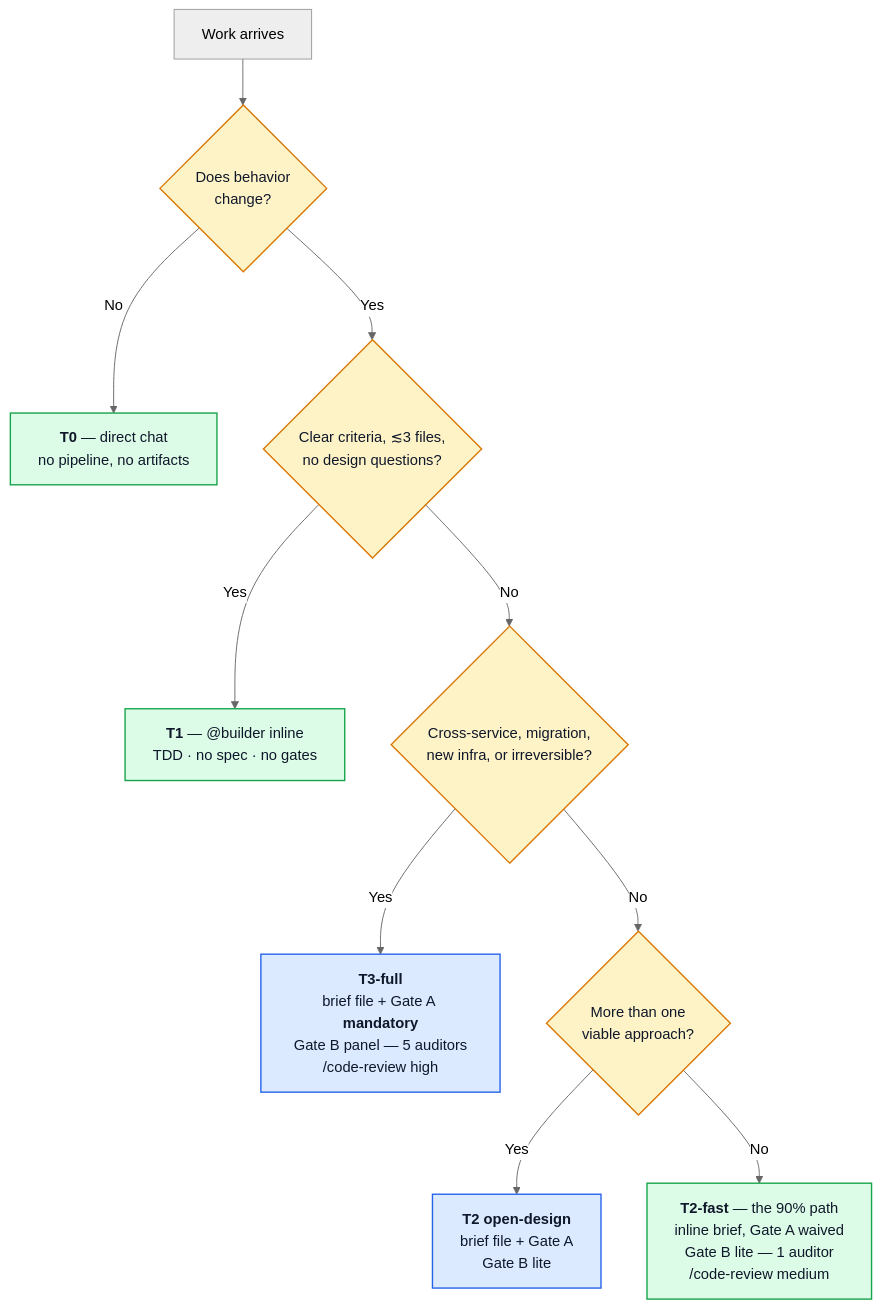
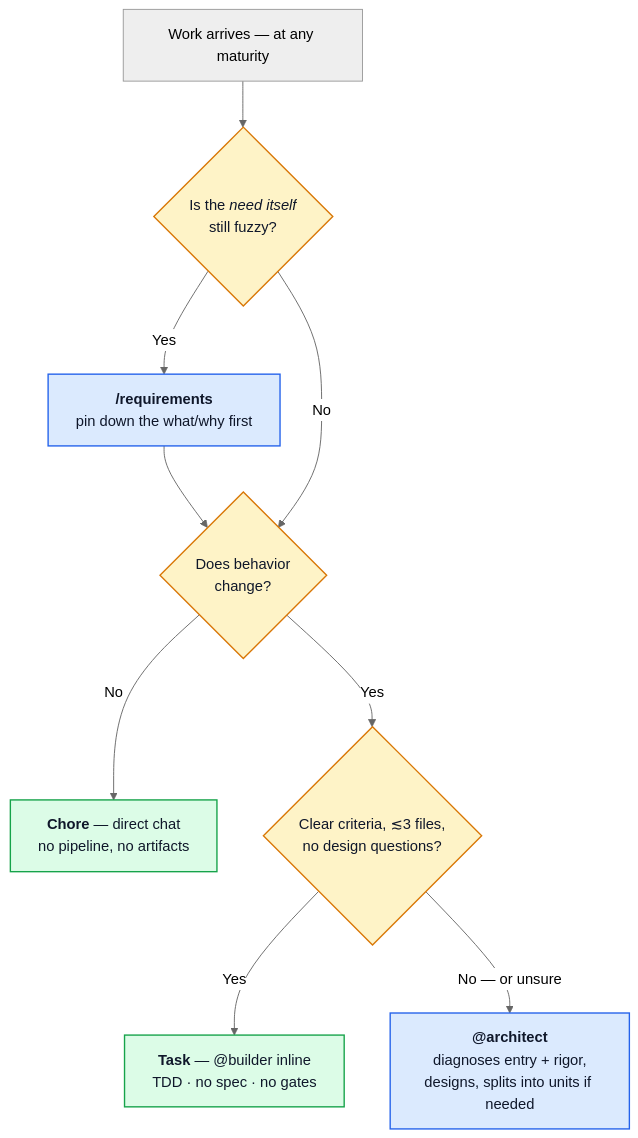
The first of 4 diagrams in docs/WORKFLOW.md (AmirAnckonina/aa-agentic-workflow), drawn with Mermaid (neutral theme) before and after one commit. The commit also changed other lines of this file and 13 other files, not shown here.

````diff
--- a/docs/WORKFLOW.md
+++ b/docs/WORKFLOW.md
@@ -13,19 +19,18 @@
 ```mermaid
 flowchart TD
-    S["Work arrives"] --> Q1{"Does behavior<br/>change?"}
-    Q1 -->|No| T0["<b>T0</b> — direct chat<br/>no pipeline, no artifacts"]
+    S["Work arrives — at any maturity"] --> Q0{"Is the <i>need itself</i><br/>still fuzzy?"}
+    Q0 -->|Yes| RQ["<b>/requirements</b><br/>pin down the what/why first"]
+    RQ --> Q1
+    Q0 -->|No| Q1{"Does behavior<br/>change?"}
+    Q1 -->|No| C["<b>Chore</b> — direct chat<br/>no pipeline, no artifacts"]
     Q1 -->|Yes| Q2{"Clear criteria, ≲3 files,<br/>no design questions?"}
-    Q2 -->|Yes| T1["<b>T1</b> — @builder inline<br/>TDD · no spec · no gates"]
-    Q2 -->|No| Q3{"Cross-service, migration,<br/>new infra, or irreversible?"}
-    Q3 -->|Yes| T3["<b>T3-full</b><br/>brief file + Gate A <b>mandatory</b><br/>Gate B panel — 5 auditors<br/>/code-review high"]
-    Q3 -->|No| Q4{"More than one<br/>viable approach?"}
-    Q4 -->|Yes| T2O["<b>T2 open-design</b><br/>brief file + Gate A<br/>Gate B lite"]
-    Q4 -->|No| T2F["<b>T2-fast</b> — the 90% path<br/>inline brief, Gate A waived<br/>Gate B lite — 1 auditor<br/>/code-review medium"]
+    Q2 -->|Yes| TK["<b>Task</b> — @builder inline<br/>TDD · no spec · no gates"]
+    Q2 -->|"No — or unsure"| AR["<b>@architect</b><br/>diagnoses entry + rigor,<br/>designs, splits into units if needed"]
 
     classDef q fill:#fef3c7,stroke:#d97706,stroke-width:1.5px,color:#0f172a
     classDef light fill:#dcfce7,stroke:#16a34a,stroke-width:1.5px,color:#0f172a
     classDef heavy fill:#dbeafe,stroke:#2563eb,stroke-width:1.5px,color:#0f172a
-    class Q1,Q2,Q3,Q4 q
-    class T0,T1,T2F light
-    class T2O,T3 heavy
+    class Q0,Q1,Q2 q
+    class C,TK light
+    class RQ,AR heavy
 ```
````
